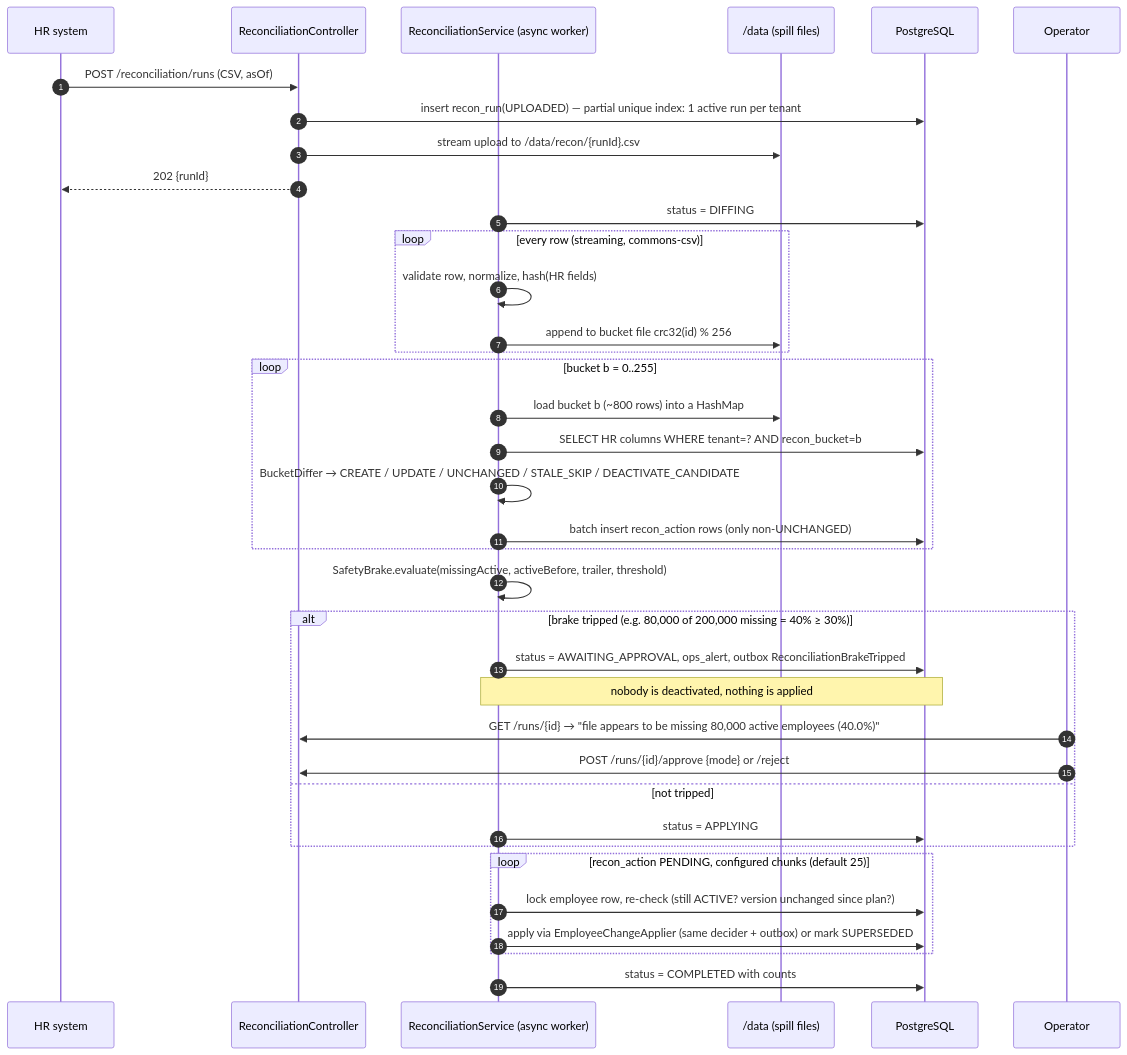
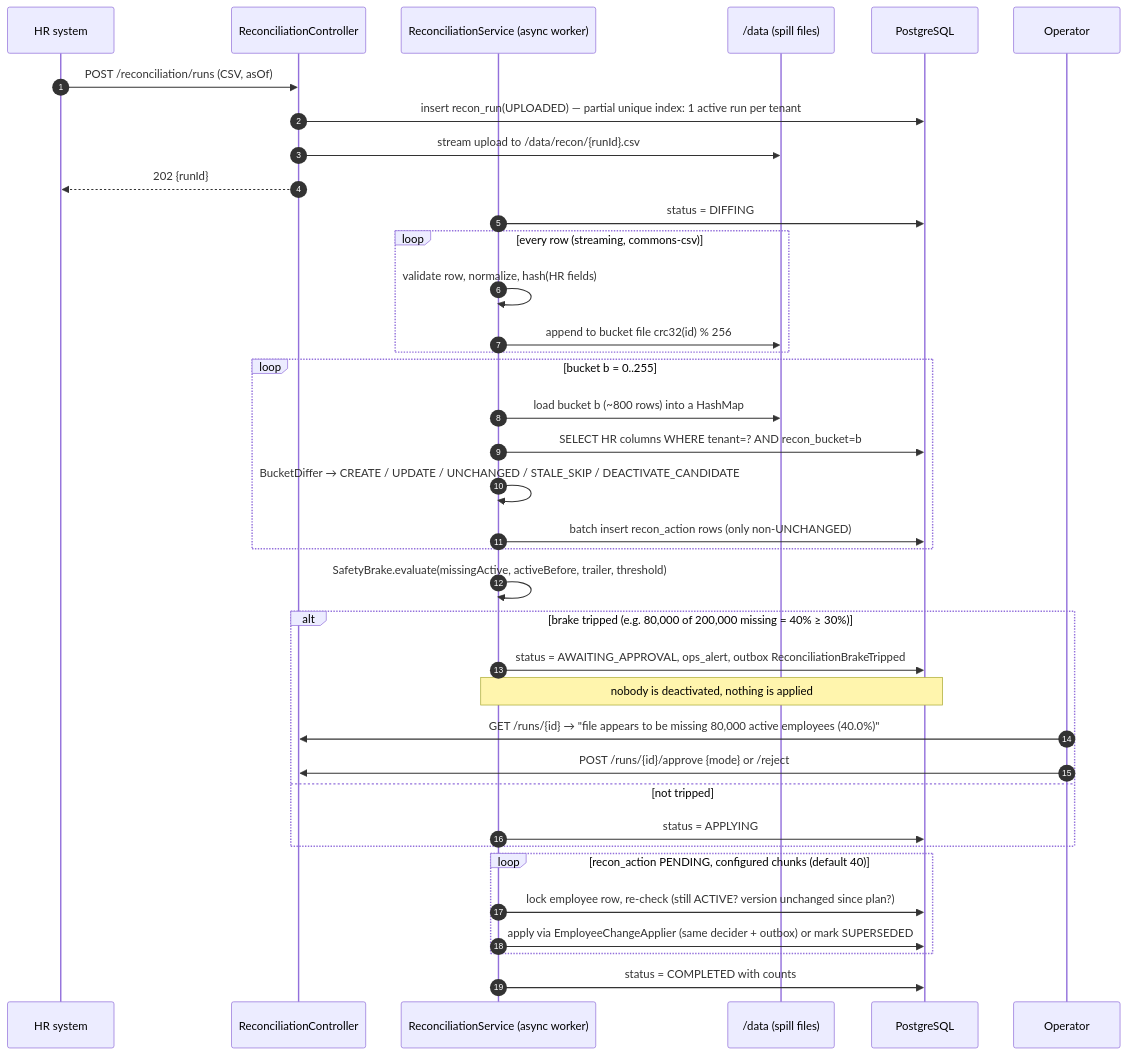
Before and after one commit to ad8ya089/roster-sync: the second of 2 diagrams in docs/DESIGN.md, drawn with Mermaid. The commit also changed other lines of this file and 9 other files, not shown here.

````diff
--- a/docs/DESIGN.md
+++ b/docs/DESIGN.md
@@ -105,40 +105,40 @@
 ```mermaid
 sequenceDiagram
   autonumber
   participant HR as HR system
   participant API as ReconciliationController
   participant RS as ReconciliationService (async worker)
   participant FS as /data (spill files)
   participant DB as PostgreSQL
   participant OP as Operator
 
   HR->>API: POST /reconciliation/runs (CSV, asOf)
   API->>DB: insert recon_run(UPLOADED) — partial unique index: 1 active run per tenant
   API->>FS: stream upload to /data/recon/{runId}.csv
   API-->>HR: 202 {runId}
   RS->>DB: status = DIFFING
   loop every row (streaming, commons-csv)
     RS->>RS: validate row, normalize, hash(HR fields)
     RS->>FS: append to bucket file crc32(id) % 256
   end
   loop bucket b = 0..255
     RS->>FS: load bucket b (~800 rows) into a HashMap
     RS->>DB: SELECT HR columns WHERE tenant=? AND recon_bucket=b
     RS->>RS: BucketDiffer → CREATE / UPDATE / UNCHANGED / STALE_SKIP / DEACTIVATE_CANDIDATE
     RS->>DB: batch insert recon_action rows (only non-UNCHANGED)
   end
   RS->>RS: SafetyBrake.evaluate(missingActive, activeBefore, trailer, threshold)
   alt brake tripped (e.g. 80,000 of 200,000 missing = 40% ≥ 30%)
     RS->>DB: status = AWAITING_APPROVAL, ops_alert, outbox ReconciliationBrakeTripped
     Note over RS,DB: nobody is deactivated, nothing is applied
     OP->>API: GET /runs/{id} → "file appears to be missing 80,000 active employees (40.0%)"
     OP->>API: POST /runs/{id}/approve {mode} or /reject
   else not tripped
     RS->>DB: status = APPLYING
   end
-  loop recon_action PENDING, configured chunks (default 25)
+  loop recon_action PENDING, configured chunks (default 40)
     RS->>DB: lock employee row, re-check (still ACTIVE? version unchanged since plan?)
     RS->>DB: apply via EmployeeChangeApplier (same decider + outbox) or mark SUPERSEDED
   end
   RS->>DB: status = COMPLETED with counts
 ```
````
